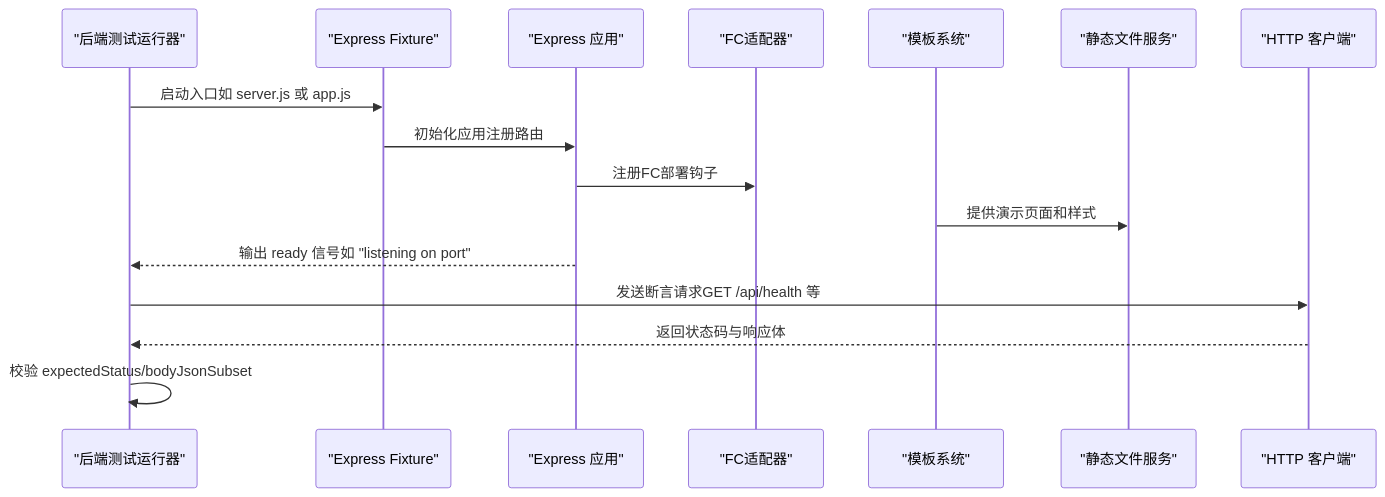
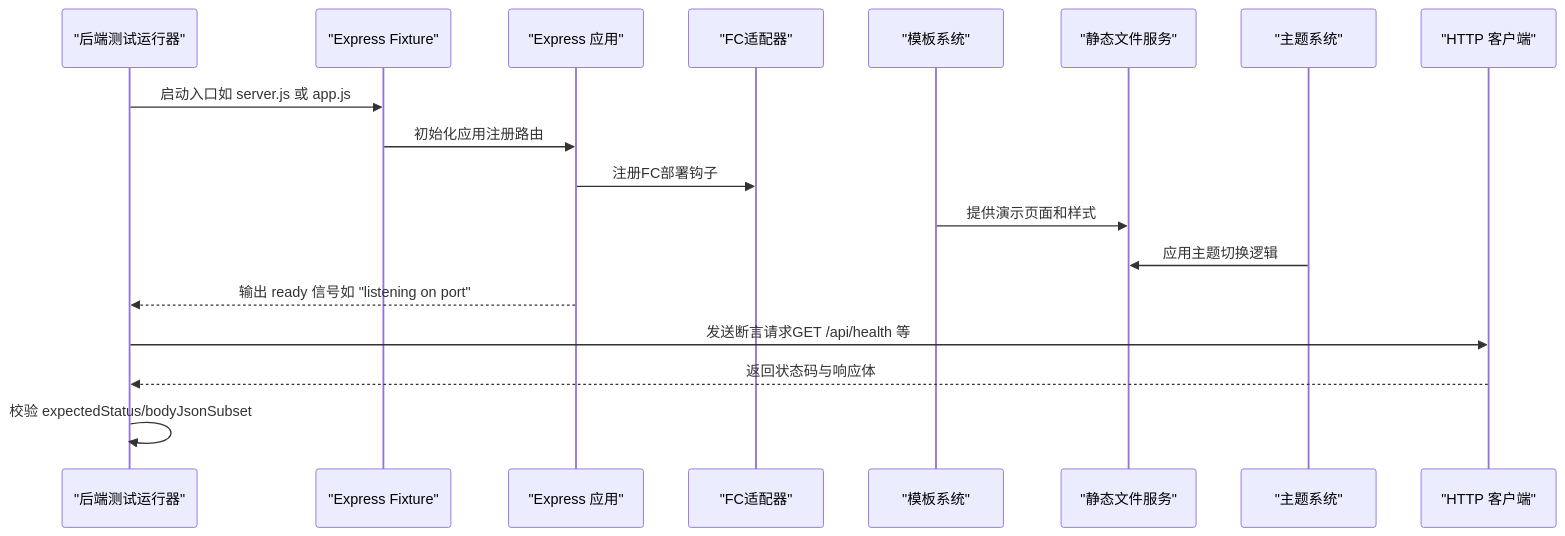
Before and after one commit to esa-sp/test-for-aone-ci: the third of 12 diagrams in .qoder/repowiki/zh/content/后端框架测试/后端框架测试.md, drawn with Mermaid. The commit also changed other lines of this file and 7 other files, not shown here.

````diff
--- a/.qoder/repowiki/zh/content/后端框架测试/后端框架测试.md
+++ b/.qoder/repowiki/zh/content/后端框架测试/后端框架测试.md
@@ -184,18 +199,20 @@
 ```mermaid
 sequenceDiagram
 participant Runner as "后端测试运行器"
 participant Fixture as "Express Fixture"
 participant App as "Express 应用"
 participant FCAdapter as "FC适配器"
 participant Template as "模板系统"
 participant Static as "静态文件服务"
+participant Theme as "主题系统"
 participant HTTP as "HTTP 客户端"
 Runner->>Fixture : 启动入口如 server.js 或 app.js
 Fixture->>App : 初始化应用注册路由
 App->>FCAdapter : 注册FC部署钩子
 Template->>Static : 提供演示页面和样式
+Theme->>Static : 应用主题切换逻辑
 App-->>Runner : 输出 ready 信号如 "listening on port"
 Runner->>HTTP : 发送断言请求GET /api/health 等
 HTTP-->>Runner : 返回状态码与响应体
 Runner->>Runner : 校验 expectedStatus/bodyJsonSubset
 ```
````
